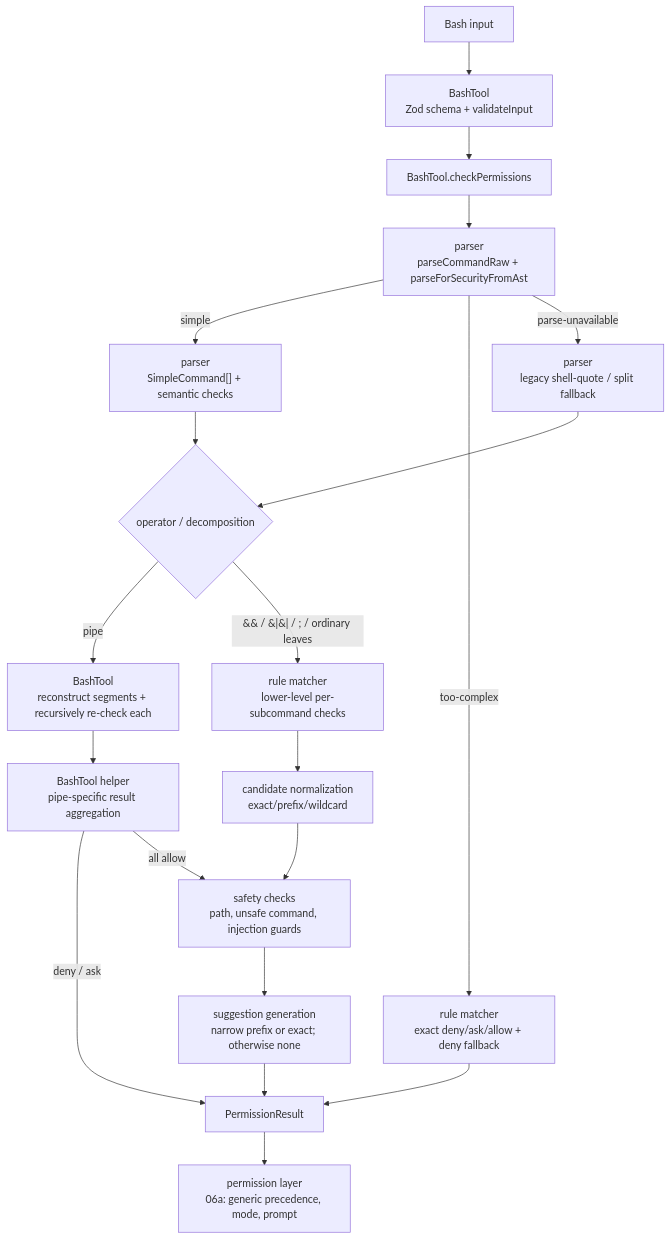
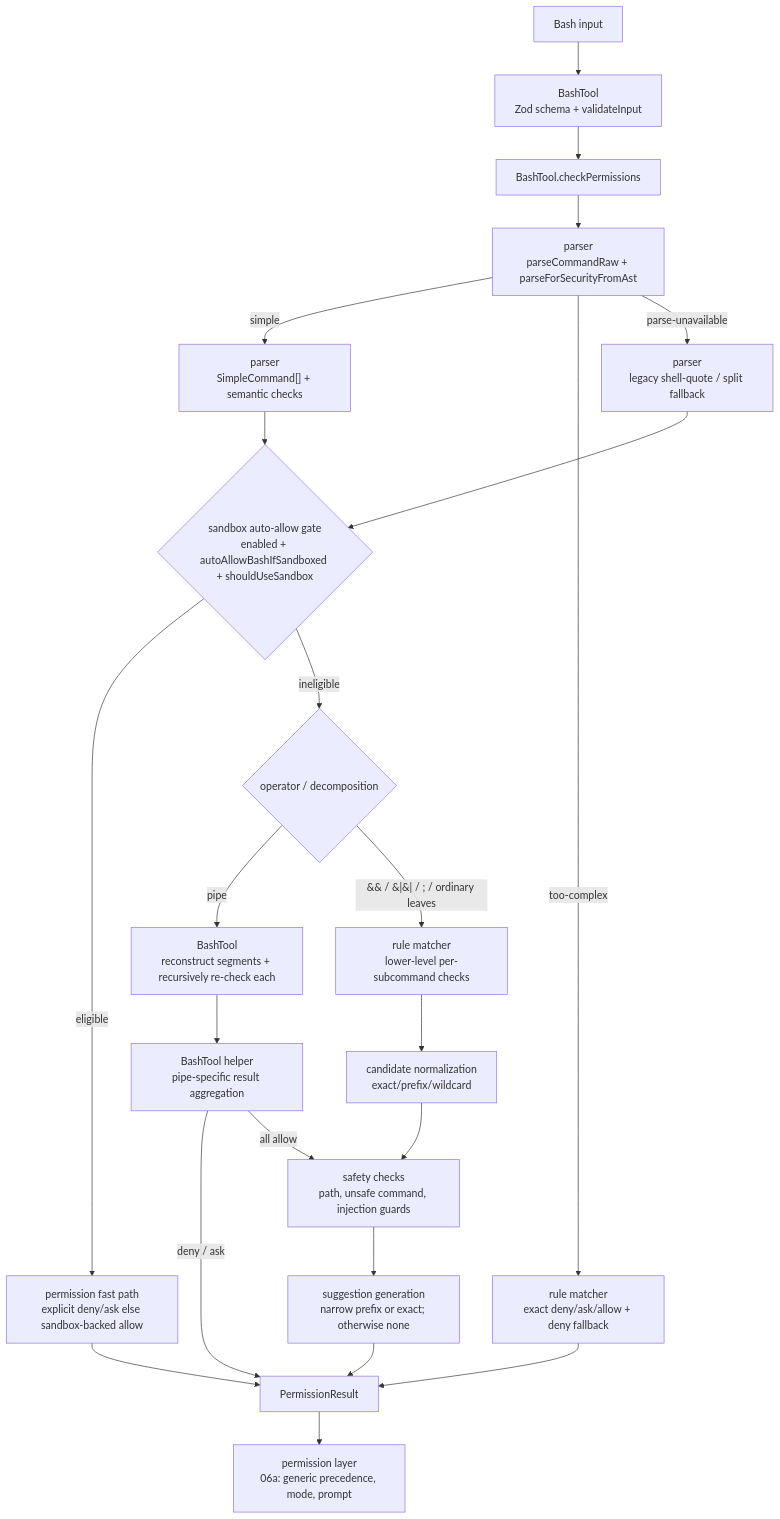
The diagram in ai/claude-code-source/deep-dives/06b-bash-security-analysis.md (buoylee/interview), drawn with Mermaid before and after one commit. The commit also changed other lines of this file, not shown here.

````diff
--- a/ai/claude-code-source/deep-dives/06b-bash-security-analysis.md
+++ b/ai/claude-code-source/deep-dives/06b-bash-security-analysis.md
@@ -39,22 +39,25 @@
 ```mermaid
 flowchart TD
     A["Bash input"] --> B["BashTool<br/>Zod schema + validateInput"]
     B --> C["BashTool.checkPermissions"]
     C --> D["parser<br/>parseCommandRaw + parseForSecurityFromAst"]
     D -->|simple| E["parser<br/>SimpleCommand[] + semantic checks"]
     D -->|too-complex| F["rule matcher<br/>exact deny/ask/allow + deny fallback"]
     D -->|parse-unavailable| G["parser<br/>legacy shell-quote / split fallback"]
-    E --> H{"operator / decomposition"}
-    G --> H
+    E --> R{"sandbox auto-allow gate<br/>enabled + autoAllowBashIfSandboxed + shouldUseSandbox"}
+    G --> R
+    R -->|eligible| S["permission fast path<br/>explicit deny/ask else sandbox-backed allow"]
+    S --> L
+    R -->|ineligible| H{"operator / decomposition"}
     H -->|pipe| P["BashTool<br/>reconstruct segments + recursively re-check each"]
     H -->|&& / &#124;&#124; / ; / ordinary leaves| I["rule matcher<br/>lower-level per-subcommand checks"]
     P --> Q["BashTool helper<br/>pipe-specific result aggregation"]
     I --> N["candidate normalization<br/>exact/prefix/wildcard"]
     Q -->|deny / ask| L
     Q -->|all allow| J
     N --> J["safety checks<br/>path, unsafe command, injection guards"]
     J --> K["suggestion generation<br/>narrow prefix or exact; otherwise none"]
     F --> L["PermissionResult"]
     K --> L
     L --> M["permission layer<br/>06a: generic precedence, mode, prompt"]
 ```
````
